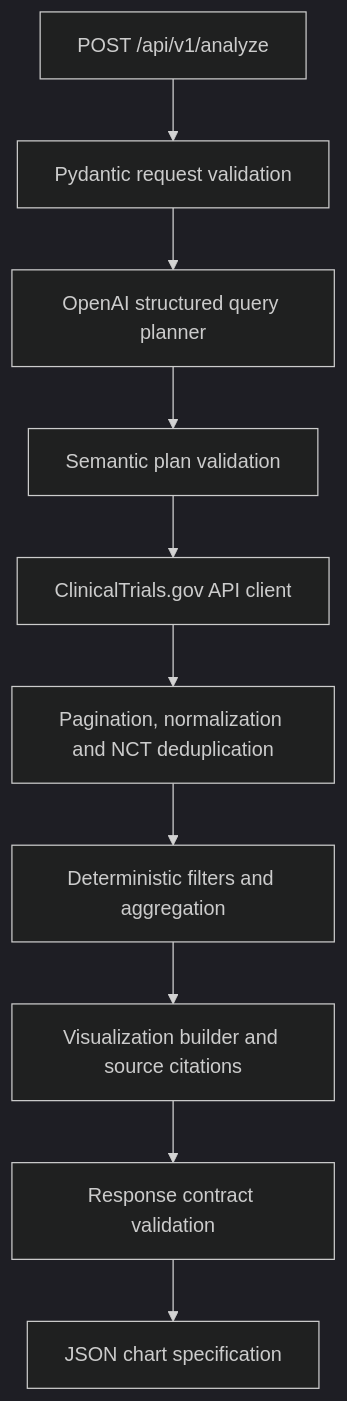
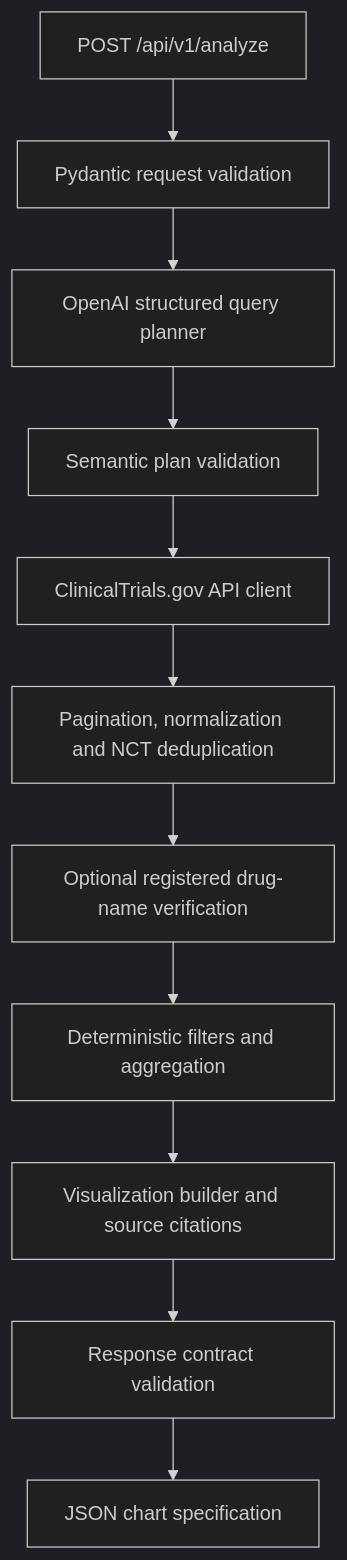
The diagram in README.md (rafigmammadov/clinical-trials-ai-agent), drawn with Mermaid (dark theme) before and after one commit. The commit also changed other lines of this file, not shown here.

````diff
--- a/README.md
+++ b/README.md
@@ -9,12 +9,13 @@
 ```mermaid
 flowchart TD
     A[POST /api/v1/analyze] --> B[Pydantic request validation]
     B --> C[OpenAI structured query planner]
     C --> D[Semantic plan validation]
     D --> E[ClinicalTrials.gov API client]
     E --> F[Pagination, normalization and NCT deduplication]
-    F --> G[Deterministic filters and aggregation]
-    G --> H[Visualization builder and source citations]
+    F --> G[Optional registered drug-name verification]
+    G --> K[Deterministic filters and aggregation]
+    K --> H[Visualization builder and source citations]
     H --> I[Response contract validation]
     I --> J[JSON chart specification]
 ```
````
